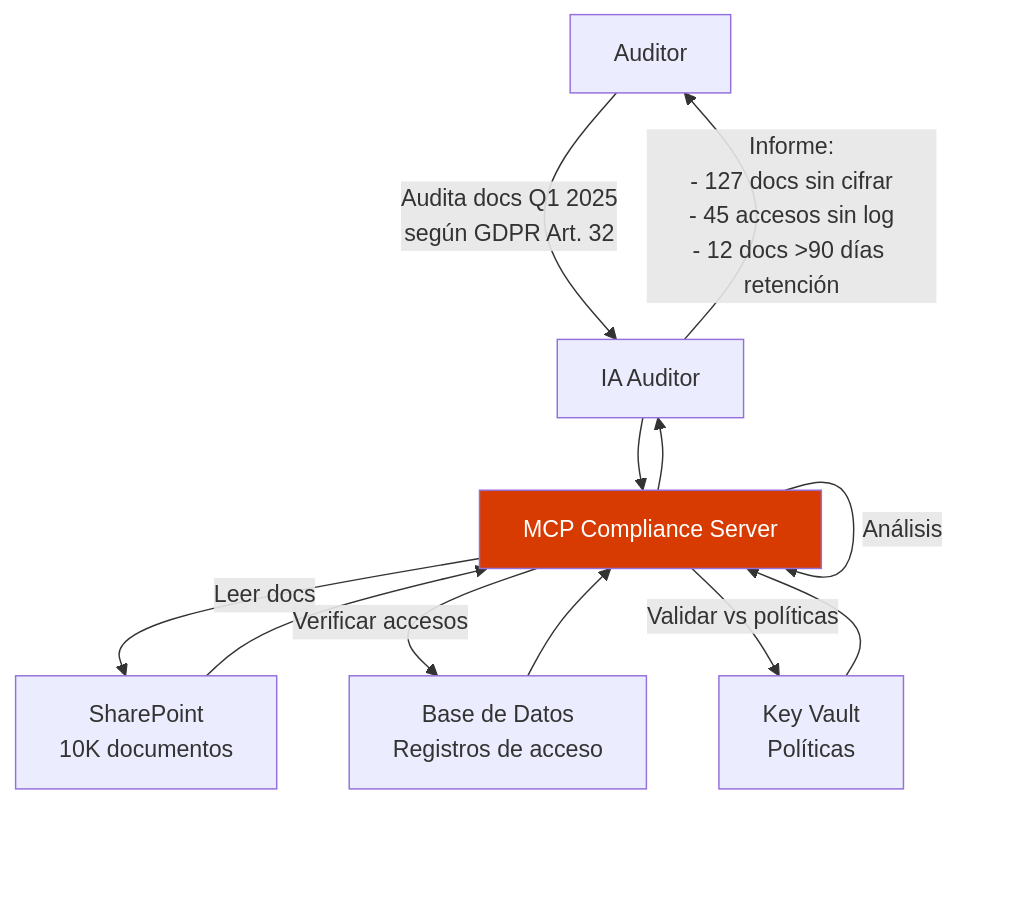
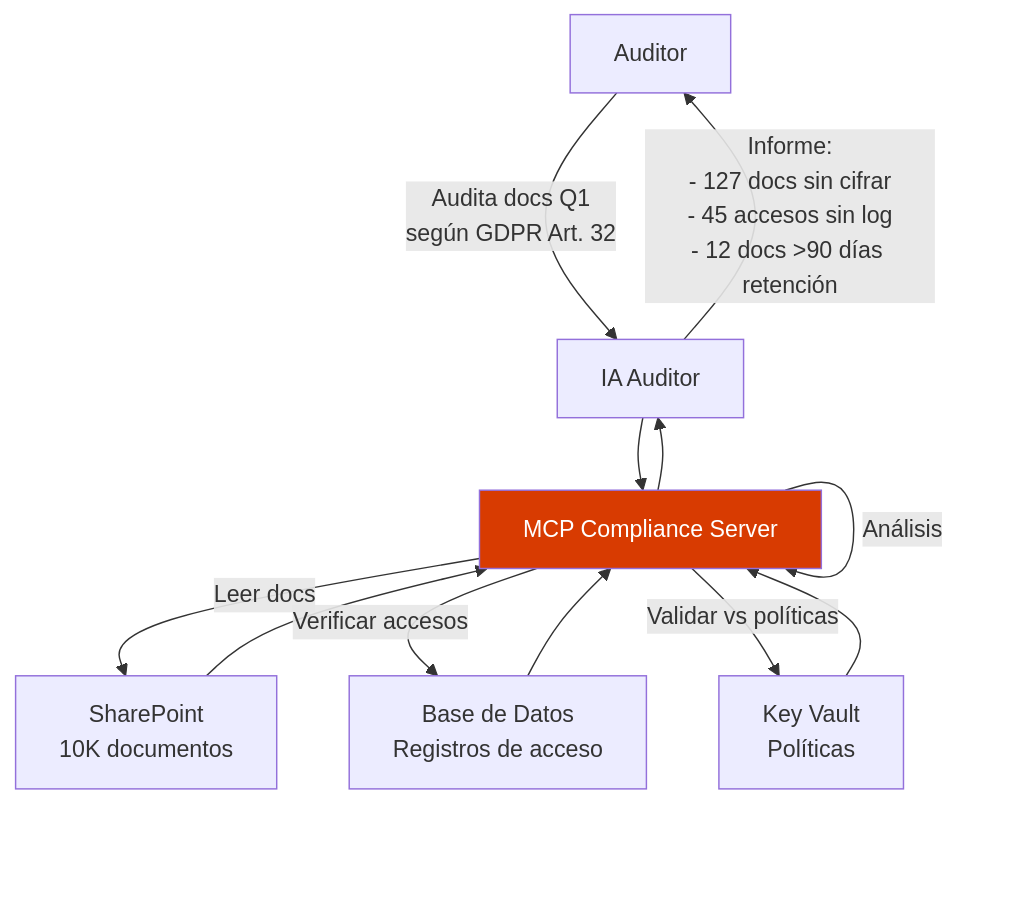
The second of 5 diagrams in docs/modules/10-roadmap-casos-b2b.md (rliberoff/workshop-mcp), drawn with Mermaid before and after one commit. The commit also changed other lines of this file and 19 other files, not shown here.

````diff
--- a/docs/modules/10-roadmap-casos-b2b.md
+++ b/docs/modules/10-roadmap-casos-b2b.md
@@ -102,27 +102,27 @@
 ```mermaid
 flowchart TB
     AU[Auditor]
     AI[IA Auditor]
     MCP[MCP Compliance Server]
 
     SP[SharePoint<br/>10K documentos]
     DB[Base de Datos<br/>Registros de acceso]
     KV[Key Vault<br/>Políticas]
 
-    AU -->|"Audita docs Q1 2025<br/>según GDPR Art. 32"| AI
+    AU -->|"Audita docs Q1<br/>según GDPR Art. 32"| AI
     AI --> MCP
 
     MCP -->|Leer docs| SP
     MCP -->|Verificar accesos| DB
     MCP -->|Validar vs políticas| KV
 
     SP --> MCP
     DB --> MCP
     KV --> MCP
 
     MCP -->|Análisis| MCP
     MCP --> AI
     AI -->|"Informe:<br/>- 127 docs sin cifrar<br/>- 45 accesos sin log<br/>- 12 docs >90 días retención"| AU
 
     style MCP fill:#D83B01,color:#fff
 ```
````
